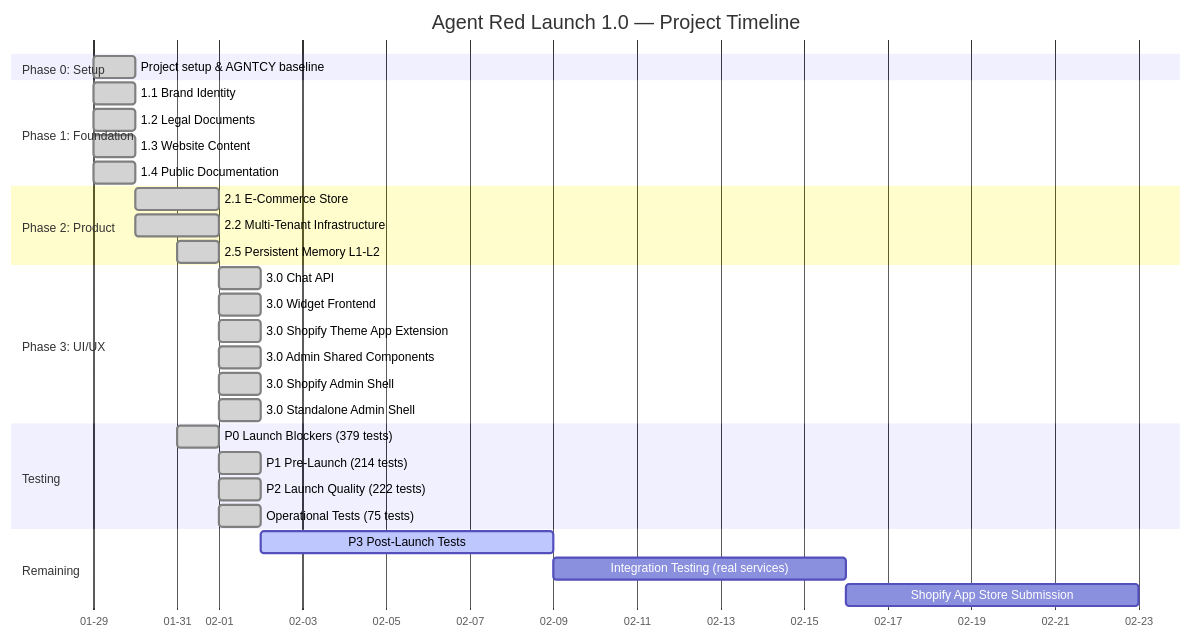
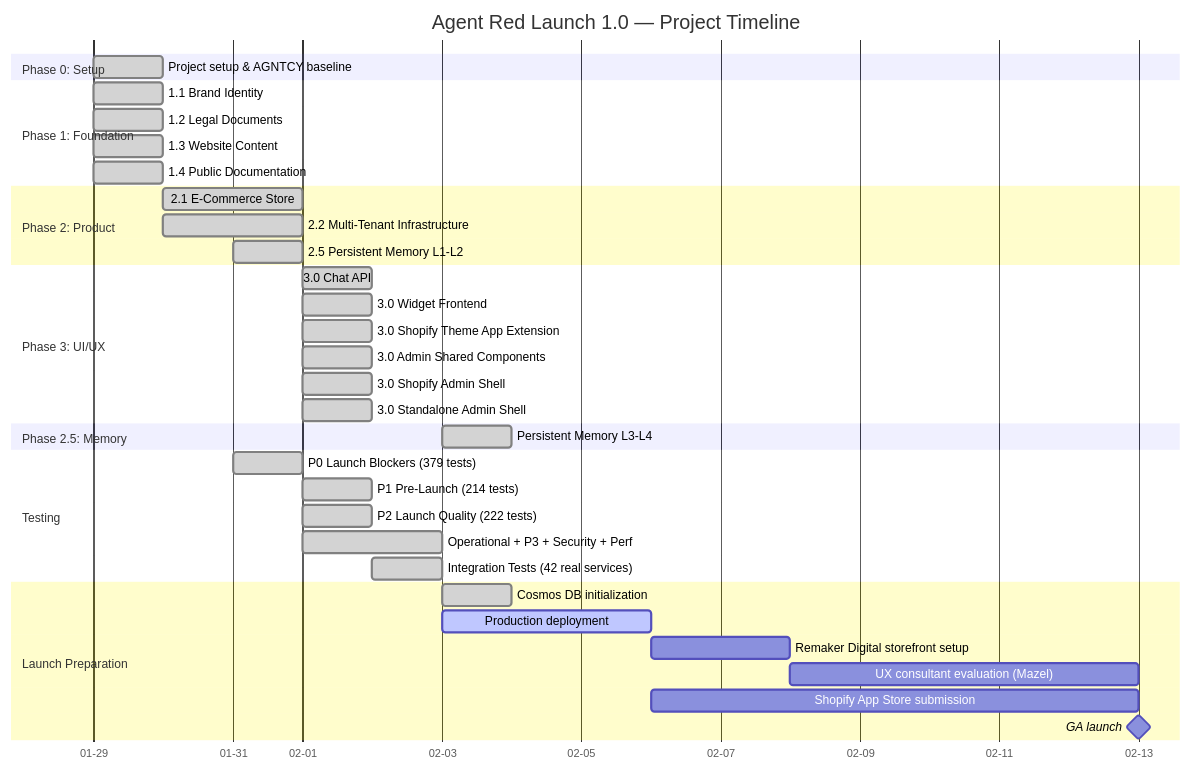
Before and after one commit to Remaker-Digital/groundtruth-kb: the first of 5 diagrams in docs/PROJECT-PLAN.md, drawn with Mermaid. The commit also changed other lines of this file and 15 other files, not shown here.

First line of the commit message:
Launch preparation: Dockerfile, widget bundle, KB seed data, favicons, planning docs v3.0

````diff
--- a/docs/PROJECT-PLAN.md
+++ b/docs/PROJECT-PLAN.md
@@ -19,39 +19,46 @@
 ```mermaid
 gantt
     title Agent Red Launch 1.0 — Project Timeline
     dateFormat YYYY-MM-DD
     axisFormat %m-%d
 
     section Phase 0: Setup
     Project setup & AGNTCY baseline       :done, p0, 2026-01-29, 1d
 
     section Phase 1: Foundation
     1.1 Brand Identity                    :done, p11, 2026-01-29, 1d
     1.2 Legal Documents                   :done, p12, 2026-01-29, 1d
     1.3 Website Content                   :done, p13, 2026-01-29, 1d
     1.4 Public Documentation              :done, p14, 2026-01-29, 1d
 
     section Phase 2: Product
     2.1 E-Commerce Store                  :done, p21, 2026-01-30, 2d
     2.2 Multi-Tenant Infrastructure       :done, p22, 2026-01-30, 2d
     2.5 Persistent Memory L1-L2           :done, p25, 2026-01-31, 1d
 
     section Phase 3: UI/UX
     3.0 Chat API                          :done, p31, 2026-02-01, 1d
     3.0 Widget Frontend                   :done, p32, 2026-02-01, 1d
     3.0 Shopify Theme App Extension       :done, p33, 2026-02-01, 1d
     3.0 Admin Shared Components           :done, p34, 2026-02-01, 1d
     3.0 Shopify Admin Shell               :done, p35, 2026-02-01, 1d
     3.0 Standalone Admin Shell            :done, p36, 2026-02-01, 1d
 
+    section Phase 2.5: Memory
+    Persistent Memory L3-L4              :done, p25b, 2026-02-03, 1d
+
     section Testing
     P0 Launch Blockers (379 tests)        :done, t1, 2026-01-31, 1d
     P1 Pre-Launch (214 tests)             :done, t2, 2026-02-01, 1d
     P2 Launch Quality (222 tests)         :done, t3, 2026-02-01, 1d
-    Operational Tests (75 tests)          :done, t4, 2026-02-01, 1d
+    Operational + P3 + Security + Perf    :done, t4, 2026-02-01, 2d
+    Integration Tests (42 real services)  :done, t5, 2026-02-02, 1d
 
-    section Remaining
-    P3 Post-Launch Tests                  :active, r1, 2026-02-02, 7d
-    Integration Testing (real services)   :r2, after r1, 7d
-    Shopify App Store Submission          :r3, after r2, 7d
+    section Launch Preparation
+    Cosmos DB initialization              :done, r0, 2026-02-03, 1d
+    Production deployment                 :active, r1, 2026-02-03, 3d
+    Remaker Digital storefront setup      :r2, after r1, 2d
+    UX consultant evaluation (Mazel)      :r3, after r2, 5d
+    Shopify App Store submission          :r4, after r1, 7d
+    GA launch                             :milestone, m8, after r4, 0d
 ```
````
